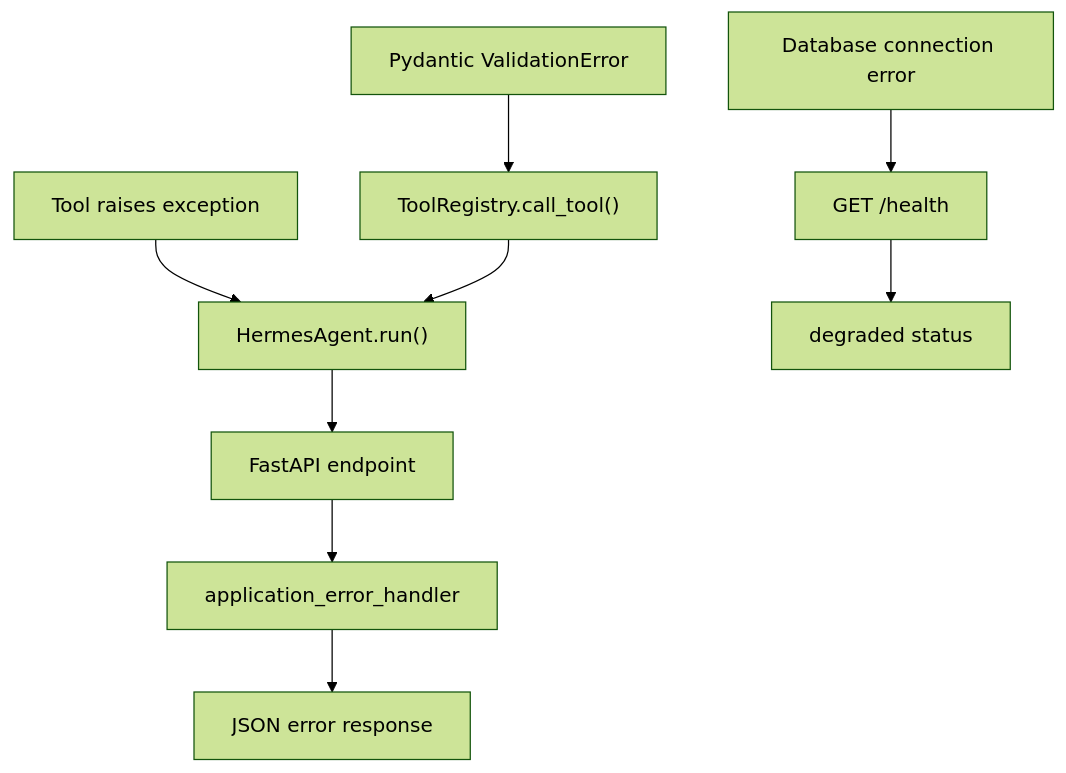
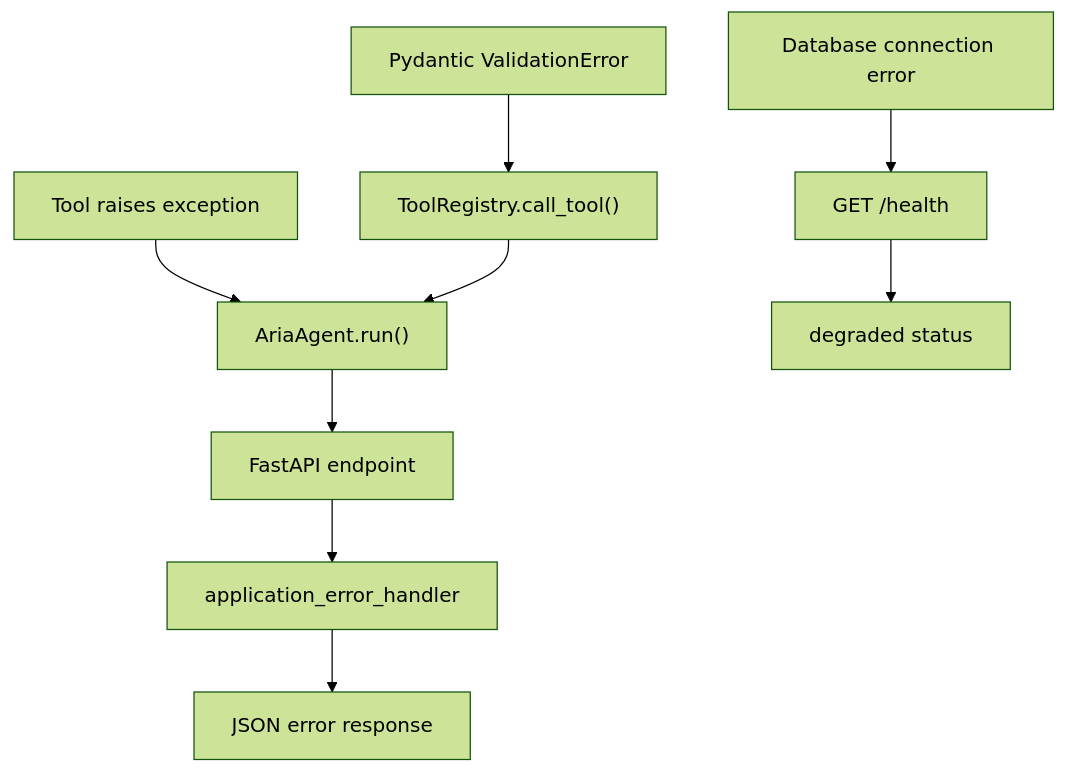
Before and after one commit to FishRaposo/aria-agent: the fourth of 4 diagrams in docs/architecture.md, drawn with Mermaid (forest theme). The commit also changed other lines of this file and 31 other files, not shown here.

First line of the commit message:
refactor(aria-agent): rename package from hermes to aria_agent

````diff
--- a/docs/architecture.md
+++ b/docs/architecture.md
@@ -170,11 +170,11 @@
 ```mermaid
 graph TD
-    ToolError["Tool raises exception"] --> Agent["HermesAgent.run()"]
+    ToolError["Tool raises exception"] --> Agent["AriaAgent.run()"]
     SchemaError["Pydantic ValidationError"] --> Registry["ToolRegistry.call_tool()"]
     Registry --> Agent
     Agent --> API["FastAPI endpoint"]
     API --> Handler["application_error_handler"]
     Handler --> Client["JSON error response"]
     DBError["Database connection error"] --> Health["GET /health"]
     Health --> Client2["degraded status"]
 ```
````
